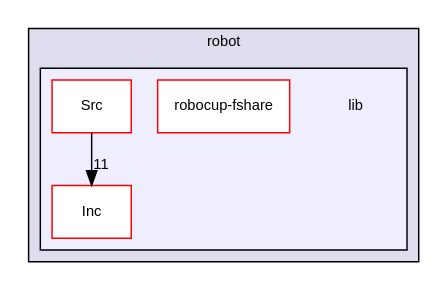
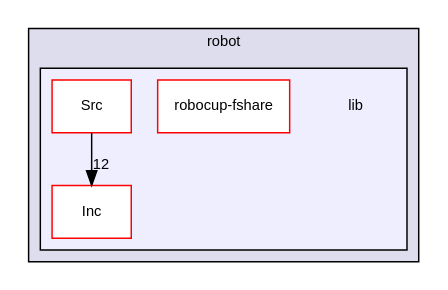
Before and after one commit to RoboJackets/robocup-firmware: the diagram in dir_bce75092e74c8e5afefc19c24a06f395_dep.dot, drawn with Graphviz. The commit also changed 654 other files, not shown here.

```diff
--- a/dir_bce75092e74c8e5afefc19c24a06f395_dep.dot
+++ b/dir_bce75092e74c8e5afefc19c24a06f395_dep.dot
@@ -1,16 +1,16 @@
 digraph "/home/developer/robocup-firmware/robot/lib" {
   compound=true
   node [ fontsize="10", fontname="Helvetica"];
   edge [ labelfontsize="10", labelfontname="Helvetica"];
   subgraph clusterdir_ecf8ca46b2885291d59feefec80b5002 {
     graph [ bgcolor="#ddddee", pencolor="black", label="robot" fontname="Helvetica", fontsize="10", URL="dir_ecf8ca46b2885291d59feefec80b5002.html"]
   subgraph clusterdir_bce75092e74c8e5afefc19c24a06f395 {
     graph [ bgcolor="#eeeeff", pencolor="black", label="" URL="dir_bce75092e74c8e5afefc19c24a06f395.html"];
     dir_bce75092e74c8e5afefc19c24a06f395 [shape=plaintext label="lib"];
     dir_a894177cf49d69402f578056eb4872c3 [shape=box label="Inc" color="red" fillcolor="white" style="filled" URL="dir_a894177cf49d69402f578056eb4872c3.html"];
     dir_45dab24a911ce1b6903127f8dc8ff408 [shape=box label="robocup-fshare" color="red" fillcolor="white" style="filled" URL="dir_45dab24a911ce1b6903127f8dc8ff408.html"];
     dir_e9c6d8553f950e4cdb30b7b097603f77 [shape=box label="Src" color="red" fillcolor="white" style="filled" URL="dir_e9c6d8553f950e4cdb30b7b097603f77.html"];
   }
   }
-  dir_e9c6d8553f950e4cdb30b7b097603f77->dir_a894177cf49d69402f578056eb4872c3 [headlabel="11", labeldistance=1.5 headhref="dir_000023_000014.html"];
+  dir_e9c6d8553f950e4cdb30b7b097603f77->dir_a894177cf49d69402f578056eb4872c3 [headlabel="12", labeldistance=1.5 headhref="dir_000023_000014.html"];
 }
```
